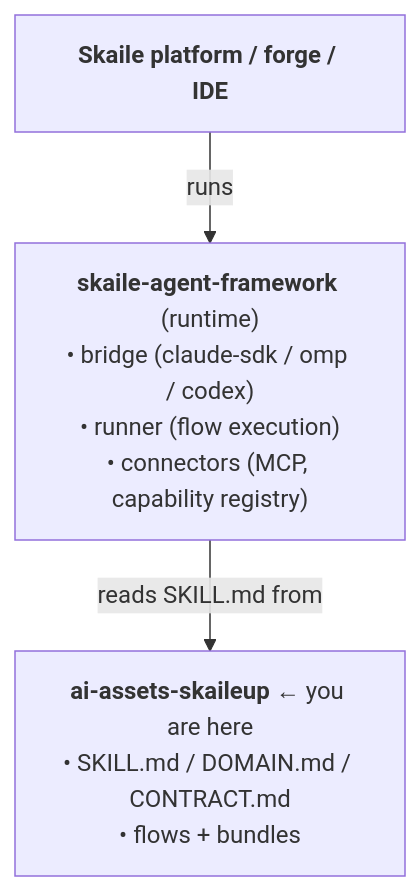
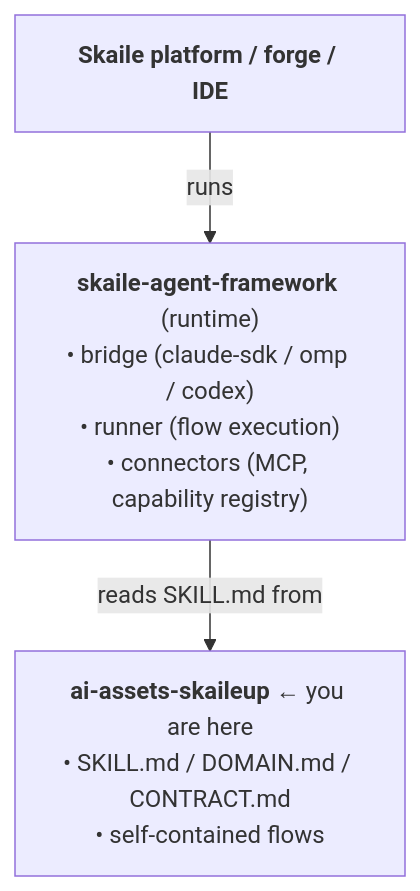
One commit to skaile-ai/ai-assets-skaileup changed the second of 2 diagrams in docs/src/content/docs/intro/mental-model.mdx. Above: the diagram before and after it, drawn with Mermaid. The commit also changed other lines of this file and 48 other files, not shown here.

First line of the commit message:
refactor(flows): fold bundles into self-contained flow manifests

````diff
--- a/docs/src/content/docs/intro/mental-model.mdx
+++ b/docs/src/content/docs/intro/mental-model.mdx
@@ -92,9 +93,9 @@
 ```mermaid
 flowchart TD
   platform["<b>Skaile platform / forge / IDE</b>"]
   runtime["<b>skaile-agent-framework</b> (runtime)<br/>• bridge (claude-sdk / omp / codex)<br/>• runner (flow execution)<br/>• connectors (MCP, capability registry)"]
-  catalog["<b>ai-assets-skaileup</b> ← you are here<br/>• SKILL.md / DOMAIN.md / CONTRACT.md<br/>• flows + bundles"]
+  catalog["<b>ai-assets-skaileup</b> ← you are here<br/>• SKILL.md / DOMAIN.md / CONTRACT.md<br/>• self-contained flows"]
 
   platform -->|runs| runtime
   runtime -->|reads SKILL.md from| catalog
 ```
````
